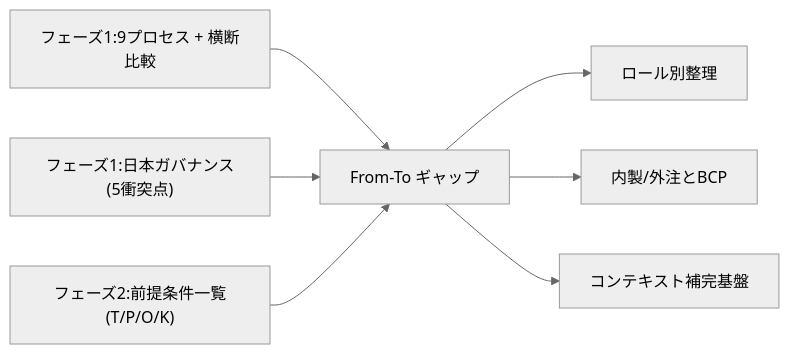
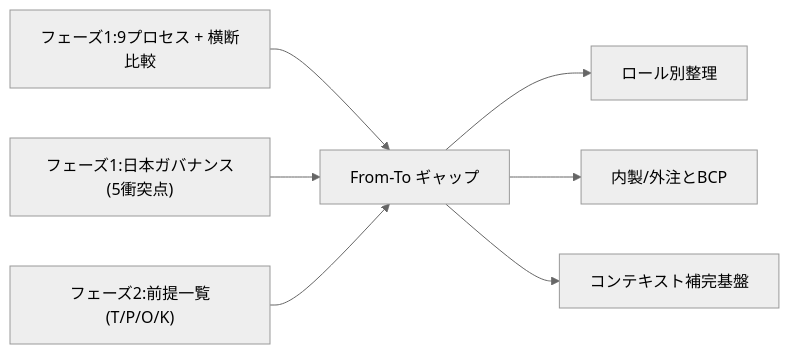
One commit to Takenori-Kusaka/process-compass changed the second of 2 diagrams in src/content/docs/phase3-gap-analysis/gap-map.md. Above: the diagram before and after it, drawn with Mermaid (neutral theme). The commit also changed 24 other files, not shown here.

````diff
--- a/src/content/docs/phase3-gap-analysis/gap-map.md
+++ b/src/content/docs/phase3-gap-analysis/gap-map.md
@@ -65,9 +65,9 @@
 ```mermaid
 graph LR
   P1P["フェーズ1:9プロセス + 横断比較"] --> GAP["From-To ギャップ"]
   P1J["フェーズ1:日本ガバナンス(5衝突点)"] --> GAP
-  P2A["フェーズ2:前提条件一覧(T/P/O/K)"] --> GAP
+  P2A["フェーズ2:前提一覧(T/P/O/K)"] --> GAP
   GAP --> R["ロール別整理"]
   GAP --> B["内製/外注とBCP"]
   GAP --> C["コンテキスト補完基盤"]
 ```
````
